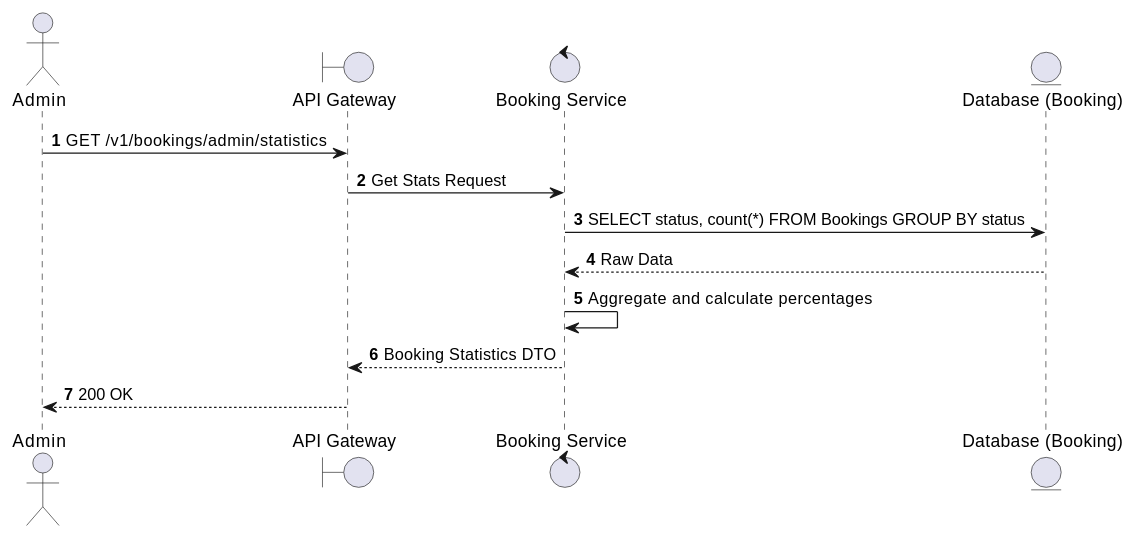
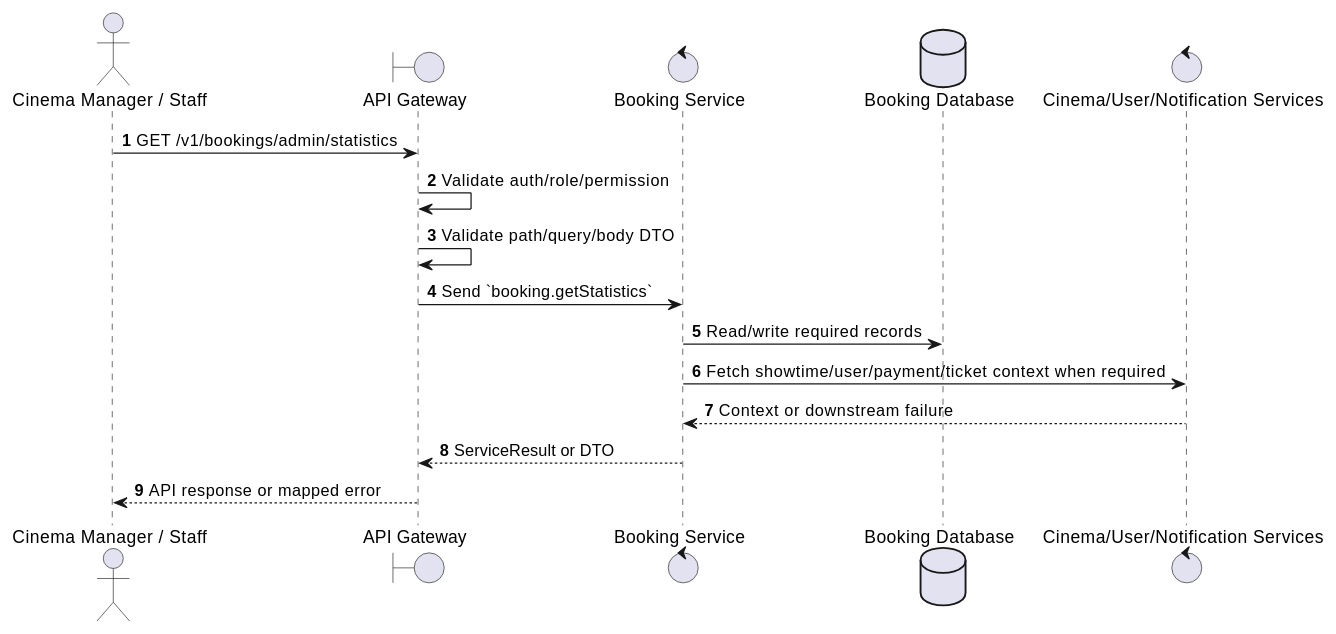
One commit to Tanh1603/movie-hub-architecture changed the first of 2 diagrams in docs/functional_specs/3.5.2_Admin_Booking_Operations/BK-A08_Get_Booking_Statistics.md. Above: the diagram before and after it, drawn with PlantUML. The commit also changed other lines of this file and 126 other files, not shown here.

````diff
--- a/docs/functional_specs/3.5.2_Admin_Booking_Operations/BK-A08_Get_Booking_Statistics.md
+++ b/docs/functional_specs/3.5.2_Admin_Booking_Operations/BK-A08_Get_Booking_Statistics.md
@@ -17,17 +17,20 @@
 ```plantuml
 @startuml
 autonumber
-actor Admin
+actor "Cinema Manager / Staff" as Actor
 boundary "API Gateway" as GW
-control "Booking Service" as BS
-entity "Database (Booking)" as DB
+control "Booking Service" as SVC
+database "Booking Database" as DB
+control "Cinema/User/Notification Services" as EXT
 
-Admin -> GW: GET /v1/bookings/admin/statistics
-GW -> BS: Get Stats Request
-BS -> DB: SELECT status, count(*) FROM Bookings GROUP BY status
-DB --> BS: Raw Data
-BS -> BS: Aggregate and calculate percentages
-BS --> GW: Booking Statistics DTO
-GW --> Admin: 200 OK
+Actor -> GW: GET /v1/bookings/admin/statistics
+GW -> GW: Validate auth/role/permission
+GW -> GW: Validate path/query/body DTO
+GW -> SVC: Send `booking.getStatistics`
+SVC -> DB: Read/write required records
+SVC -> EXT: Fetch showtime/user/payment/ticket context when required
+EXT --> SVC: Context or downstream failure
+SVC --> GW: ServiceResult or DTO
+GW --> Actor: API response or mapped error
 @enduml
 ```
````
